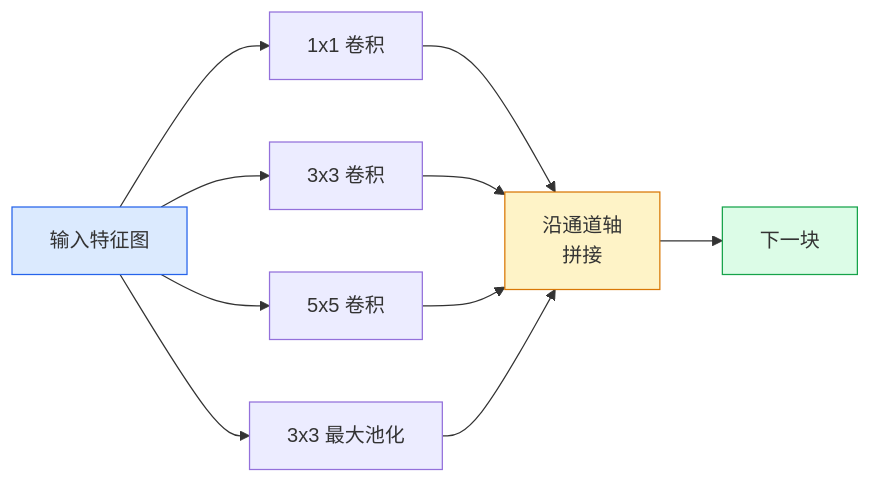
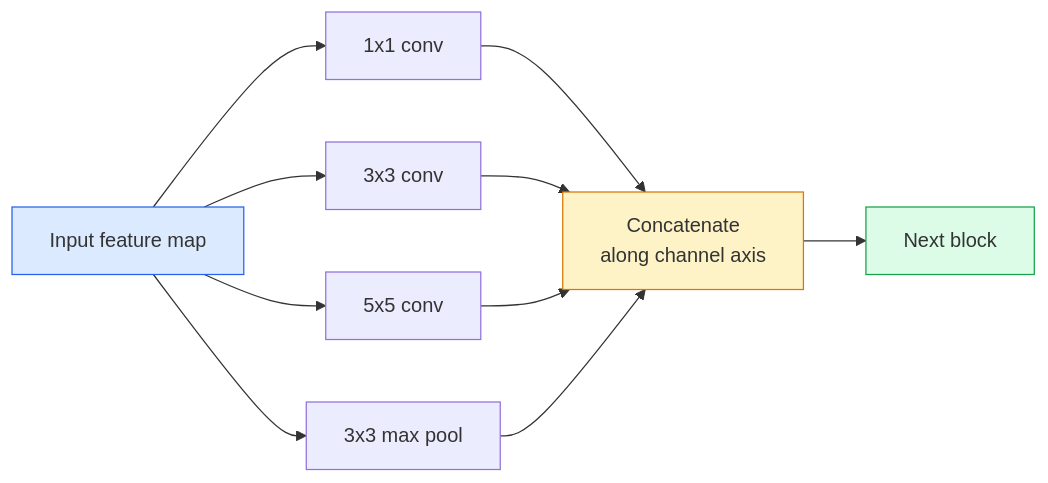
One commit to xiaojiaenen/ai-engineering-from-scratch-zh changed the second of 3 diagrams in i18n/zh/phases/04-computer-vision/03-cnns-lenet-to-resnet/docs/zh.md. Above: the diagram before and after it, drawn with Mermaid. The commit also changed other lines of this file and 28 other files, not shown here.

````diff
--- a/i18n/zh/phases/04-computer-vision/03-cnns-lenet-to-resnet/docs/zh.md
+++ b/i18n/zh/phases/04-computer-vision/03-cnns-lenet-to-resnet/docs/zh.md
@@ -83,16 +83,16 @@
 ```mermaid
 flowchart LR
-    IN["输入特征图"] --> A["1x1 卷积"]
-    IN --> B["3x3 卷积"]
-    IN --> C["5x5 卷积"]
-    IN --> D["3x3 最大池化"]
-    A --> CAT["沿通道轴<br/>拼接"]
+    IN["Input feature map"] --> A["1x1 conv"]
+    IN --> B["3x3 conv"]
+    IN --> C["5x5 conv"]
+    IN --> D["3x3 max pool"]
+    A --> CAT["Concatenate<br/>along channel axis"]
     B --> CAT
     C --> CAT
     D --> CAT
-    CAT --> OUT["下一块"]
+    CAT --> OUT["Next block"]
 
     style IN fill:#dbeafe,stroke:#2563eb
     style CAT fill:#fef3c7,stroke:#d97706
     style OUT fill:#dcfce7,stroke:#16a34a
 ```
````
